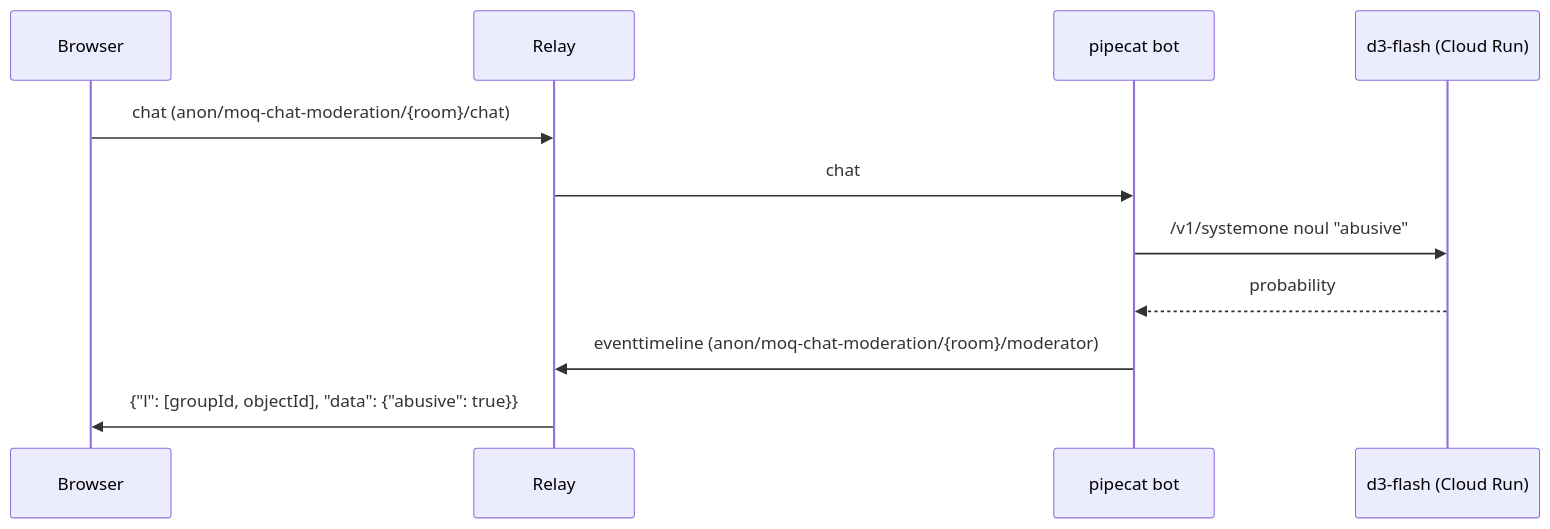
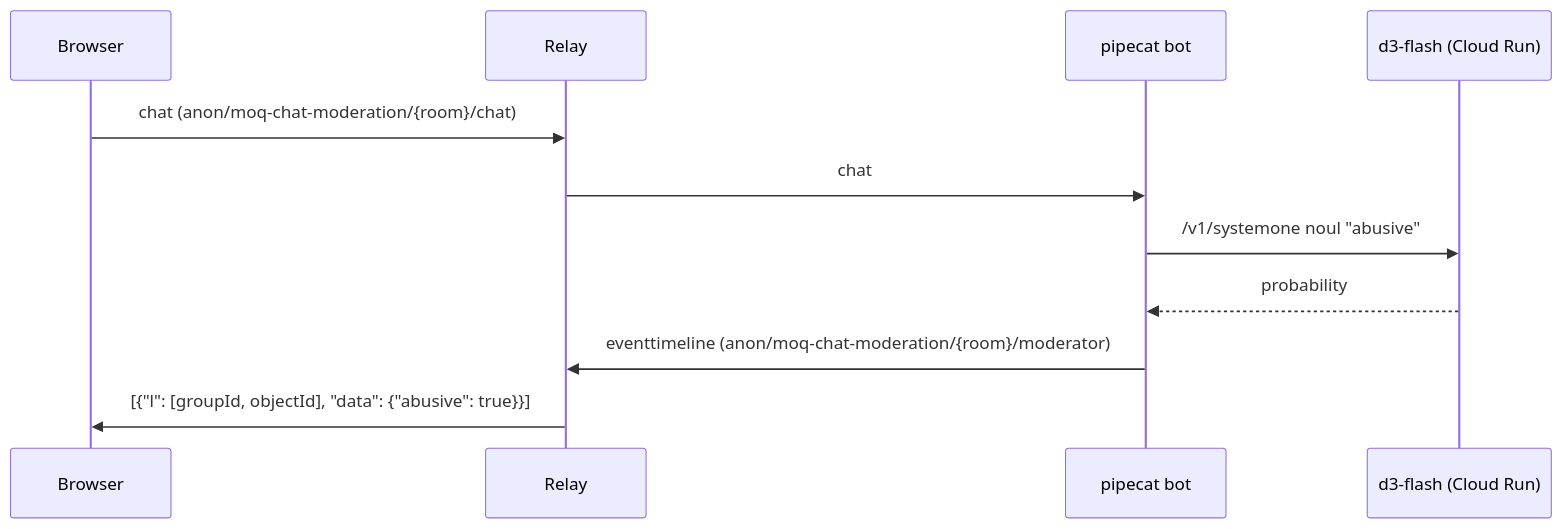
The diagram in examples/python/moq-chat-moderation/README.md (nttcom/moq-wasm), drawn with Mermaid before and after one commit. The commit also changed other lines of this file and 20 other files, not shown here.

````diff
--- a/examples/python/moq-chat-moderation/README.md
+++ b/examples/python/moq-chat-moderation/README.md
@@ -7,13 +7,13 @@
 ```mermaid
 sequenceDiagram
     participant B as Browser
     participant R as Relay
     participant P as pipecat bot
     participant D as d3-flash (Cloud Run)
     B->>R: chat (anon/moq-chat-moderation/{room}/chat)
     R->>P: chat
     P->>D: /v1/systemone noul "abusive"
     D-->>P: probability
     P->>R: eventtimeline (anon/moq-chat-moderation/{room}/moderator)
-    R->>B: {"l": [groupId, objectId], "data": {"abusive": true}}
+    R->>B: [{"l": [groupId, objectId], "data": {"abusive": true}}]
 ```
````
